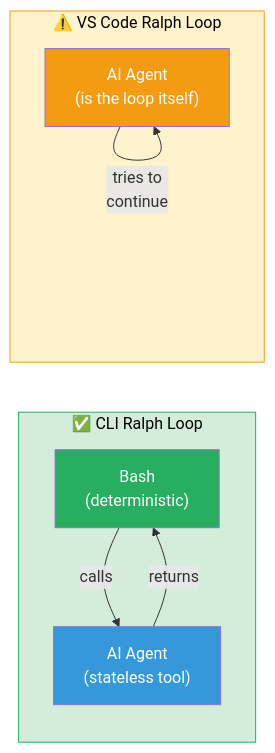
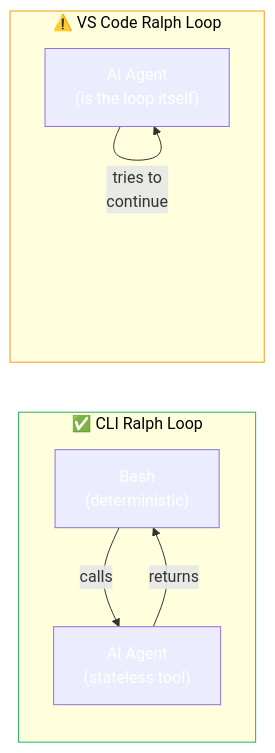
Diagram 11 of 12 in README.md (abossard/ghcp-agent-2024), drawn with Mermaid before and after one commit. The commit also changed other lines of this file, not shown here.

````diff
--- a/README.md
+++ b/README.md
@@ -462,17 +497,17 @@
 ```mermaid
 flowchart LR
     subgraph CLI ["✅ CLI Ralph Loop"]
         B["Bash\n(deterministic)"] -->|"calls"| AI1["AI Agent\n(stateless tool)"]
         AI1 -->|"returns"| B
     end
 
     subgraph IDE ["⚠️ VS Code Ralph Loop"]
         AI2["AI Agent\n(is the loop itself)"] -->|"tries to\ncontinue"| AI2
     end
 
-    style CLI fill:#d4edda,color:#000,stroke:#27ae60
-    style IDE fill:#fff3cd,color:#000,stroke:#f39c12
-    style B fill:#27ae60,color:#fff
-    style AI1 fill:#3498db,color:#fff
-    style AI2 fill:#f39c12,color:#fff
+    style CLI color:#000,stroke:#27ae60
+    style IDE color:#000,stroke:#f39c12
+    style B color:#fff
+    style AI1 color:#fff
+    style AI2 color:#fff
 ```
````
